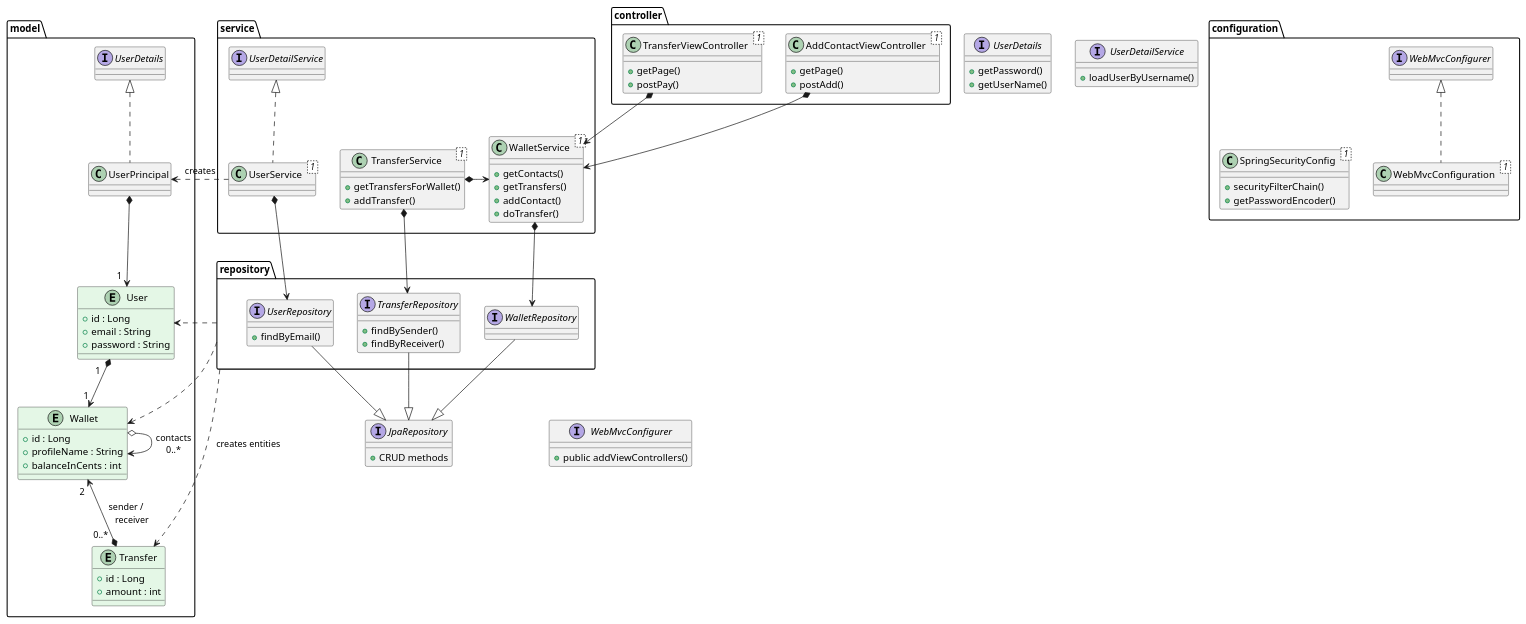
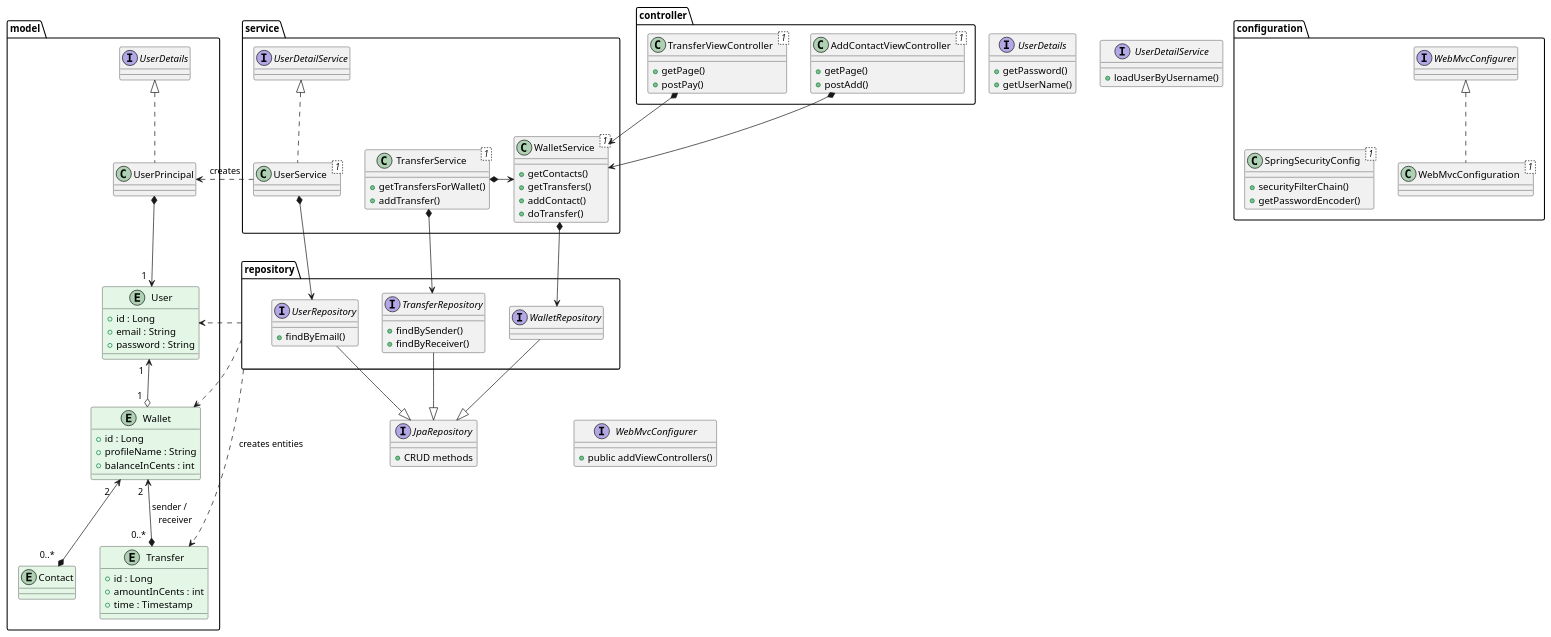
One commit to raranguren/p6-paymybuddy changed the diagram in docs/generator.md. Above: the diagram before and after it, drawn with PlantUML. The commit also changed 4 other files, not shown here.

Commit message:
Added the entity "Wallet" to contain user names and their balance

```diff
--- a/docs/generator.md
+++ b/docs/generator.md
@@ -7,89 +7,91 @@
 
 @startuml
 
-
 interface UserDetails {
-+getPassword()
-+getUserName()
+  +getPassword()
+  +getUserName()
 }
 interface UserDetailService {
-+loadUserByUsername()
+  +loadUserByUsername()
 }
 interface WebMvcConfigurer {
-+public addViewControllers()
+  +public addViewControllers()
 }
 interface JpaRepository {
-+{method} CRUD methods
+  +{method} CRUD methods
 }
 
-
 package configuration {
-class SpringSecurityConfig< 1 > {
-+securityFilterChain()
-+getPasswordEncoder()
-}
-class WebMvcConfiguration< 1 > implements WebMvcConfigurer{
-}
+  class SpringSecurityConfig< 1 > {
+    +securityFilterChain()
+    +getPasswordEncoder()
+  }
+    class WebMvcConfiguration< 1 > implements WebMvcConfigurer{
+  }
 }
 
 package controller {
-class TransferViewController< 1 > {
-+getPage()
-+postPay()
-}
-class AddContactViewController< 1 > {
-+getPage()
-+postAdd()
-}
+  class TransferViewController< 1 > {
+    +getPage()
+    +postPay()
+  }
+  class AddContactViewController< 1 > {
+    +getPage()
+    +postAdd()
+  }
 }
 
 package service {
-class UserService< 1 > implements UserDetailService {
-}
-class WalletService< 1 > {
-+getContacts()
-+getTransfers()
-+addContact()
-+doTransfer()
-}
-class TransferService< 1 > {
-+getTransfersForWallet()
-+addTransfer()
-}
+  class UserService< 1 > implements UserDetailService {
+  }
+  class WalletService< 1 > {
+    +getContacts()
+    +getTransfers()
+    +addContact()
+    +doTransfer()
+  }
+  class TransferService< 1 > {
+    +getTransfersForWallet()
+    +addTransfer()
+  }
 }
 
 package model {
-class UserPrincipal implements UserDetails {
-}
-
-entity User #e4f7e6 {
-+id : Long
-+email : String
-+password : String
-}
-
-entity Wallet #e4f7e6 {
-+id : Long
-+profileName : String
-+balanceInCents : int
-}
-
-entity Transfer #e4f7e6 {
-+id : Long
-+amount : int
-}
+  class UserPrincipal implements UserDetails {
+  }
+  
+  entity User #e4f7e6 {
+    +id : Long
+    +email : String
+    +password : String
+  }
+  
+  entity Wallet #e4f7e6 {
+    +id : Long
+    +profileName : String
+    +balanceInCents : int
+  }
+  
+  entity Contact #e4f7e6 {
+  }
+  
+  entity Transfer #e4f7e6 {
+    +id : Long
+    +amountInCents : int
+    +time : Timestamp
+  }
 }
 
 package repository {
-interface UserRepository {
-+findByEmail()
-}
-interface TransferRepository {
-+findBySender()
-+findByReceiver()
-}
-interface WalletRepository {
-}
+  interface UserRepository {
+    +findByEmail()
+  }
+  interface TransferRepository {
+    +findBySender()
+    +findByReceiver()
+  }
+  interface WalletRepository {
+  }
 }
 
 TransferViewController *--> WalletService
@@ -98,14 +100,15 @@
 TransferService *-> WalletService
 UserPrincipal <. UserService : creates
 UserPrincipal " " *--> "1  " User
-User "1   " *--> "1 "Wallet
+User "1  " <--o "1  " Wallet
 Wallet "2  " <--* " 0..*  " Transfer : sender /    \n receiver
-Wallet o-> Wallet : contacts\n0..*   
+Wallet "2   " <--* " 0..*  " Contact
 UserService *--> UserRepository
 WalletService *--> WalletRepository
 TransferService *--> TransferRepository
 repository ..> User
 repository ..> Wallet
+
 repository ..> Transfer : creates entities
 
 UserRepository --|> JpaRepository
```
